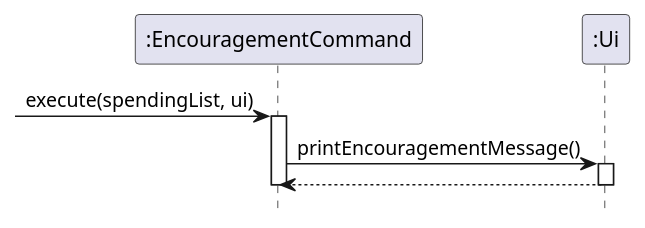
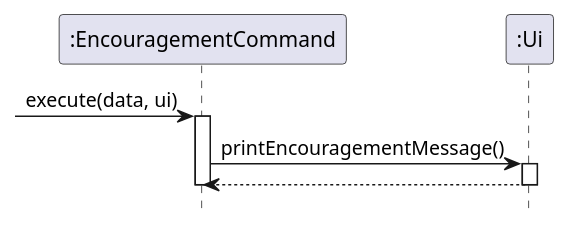
Before and after one commit to xieyaoyue/tp: the diagram in src/uml/sequence diagrams/EncouragementCommand.puml, drawn with PlantUML. The commit also changed 35 other files, not shown here.

```diff
--- a/src/uml/sequence diagrams/EncouragementCommand.puml
+++ b/src/uml/sequence diagrams/EncouragementCommand.puml
@@ -1,11 +1,11 @@
 @startuml
 hide footbox
-->":EncouragementCommand": execute(spendingList, ui)
+->":EncouragementCommand": execute(data, ui)
 activate ":EncouragementCommand"
 ":EncouragementCommand" -> ":Ui": printEncouragementMessage()
 activate ":Ui"
 ":Ui" --> ":EncouragementCommand"
 deactivate ":EncouragementCommand"
 deactivate ":Ui"
 
 @enduml
```
